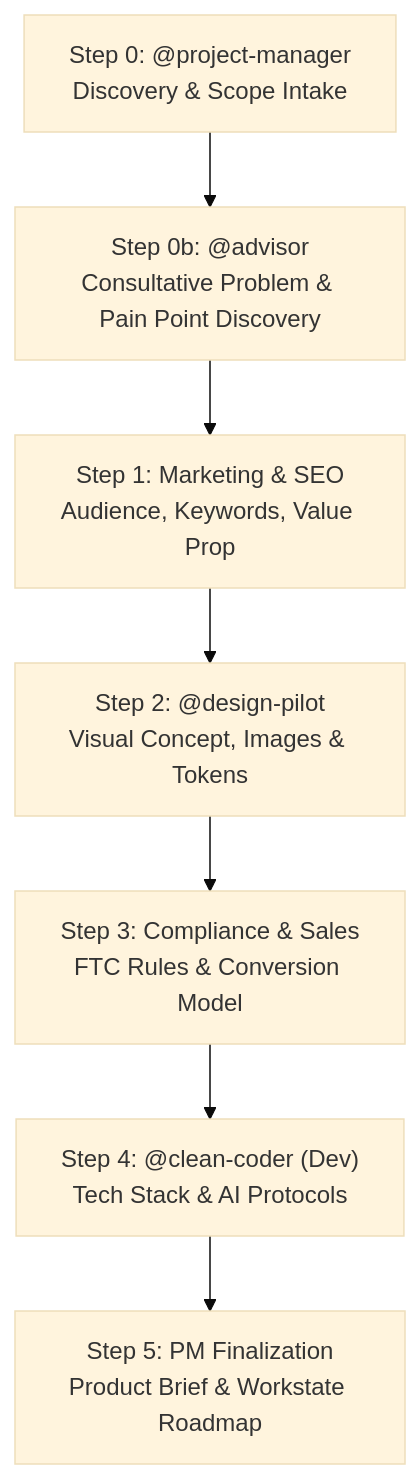
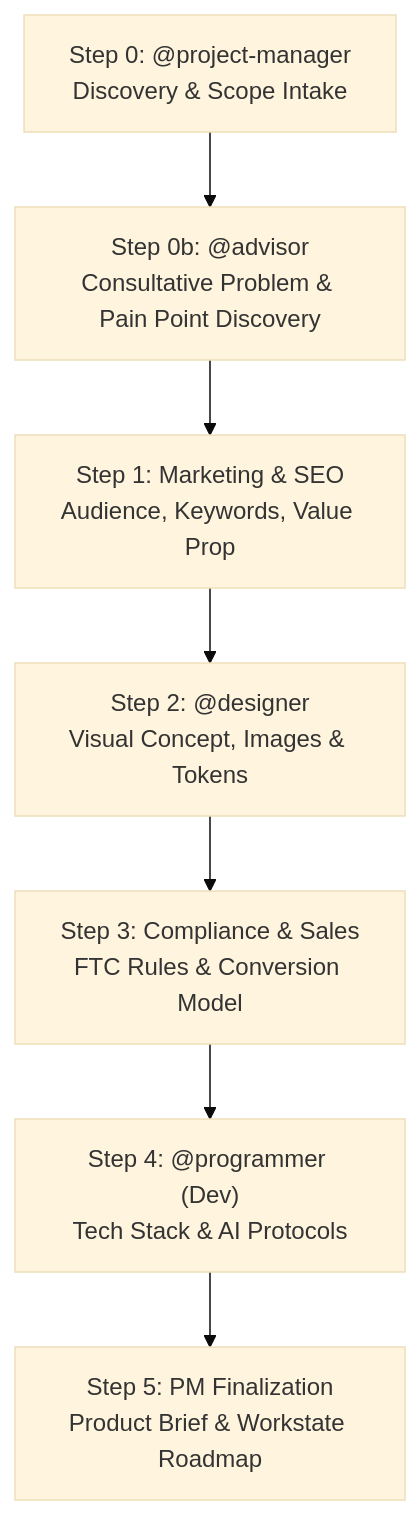
One commit to wedigcode/workforces changed the diagram in skills/site-setup/SKILL.md. Above: the diagram before and after it, drawn with Mermaid (base theme). The commit also changed other lines of this file and 59 other files, not shown here.

````diff
--- a/skills/site-setup/SKILL.md
+++ b/skills/site-setup/SKILL.md
@@ -16,9 +16,9 @@
 ```mermaid
 graph TD
     A["Step 0: @project-manager<br/>Discovery & Scope Intake"] --> A2["Step 0b: @advisor<br/>Consultative Problem & Pain Point Discovery"]
     A2 --> B["Step 1: Marketing & SEO<br/>Audience, Keywords, Value Prop"]
-    B --> C["Step 2: @design-pilot<br/>Visual Concept, Images & Tokens"]
+    B --> C["Step 2: @designer<br/>Visual Concept, Images & Tokens"]
     C --> D["Step 3: Compliance & Sales<br/>FTC Rules & Conversion Model"]
-    D --> E["Step 4: @clean-coder (Dev)<br/>Tech Stack & AI Protocols"]
+    D --> E["Step 4: @programmer (Dev)<br/>Tech Stack & AI Protocols"]
     E --> F["Step 5: PM Finalization<br/>Product Brief & Workstate Roadmap"]
 ```
````
